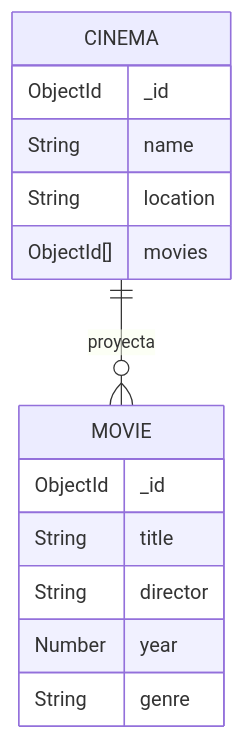
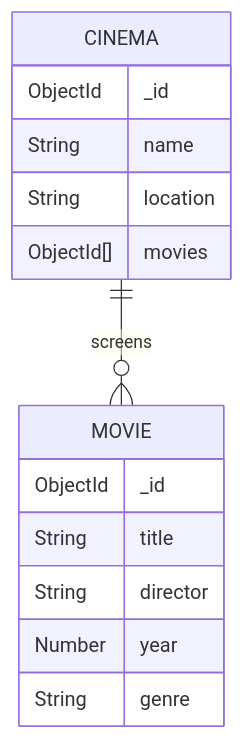
The diagram in README.md (pablotome8/proyecto5-noSQL-movies-pabloTomeManzano), drawn with Mermaid before and after one commit. The commit also changed other lines of this file, not shown here.

````diff
--- a/README.md
+++ b/README.md
@@ -80,17 +89,17 @@
 ```mermaid
 erDiagram
-    CINEMA ||--o{ MOVIE : "proyecta"
+    CINEMA ||--o{ MOVIE : "screens"
     CINEMA {
         ObjectId _id
         String name
         String location
         ObjectId[] movies
     }
     MOVIE {
         ObjectId _id
         String title
         String director
         Number year
         String genre
     }
 ```
````
